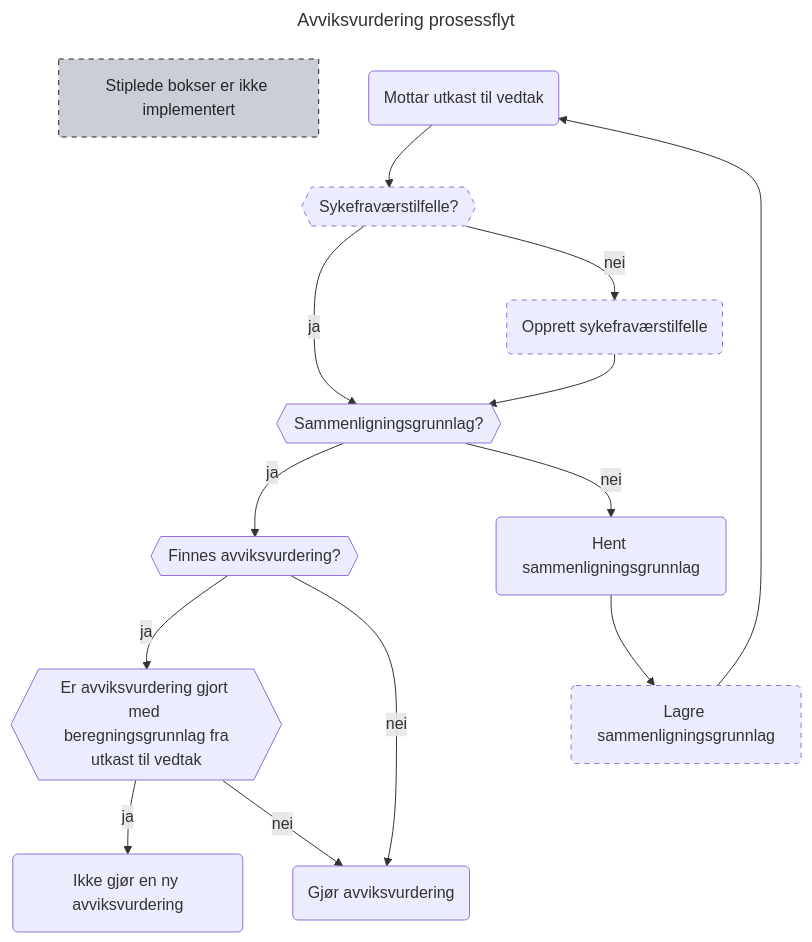
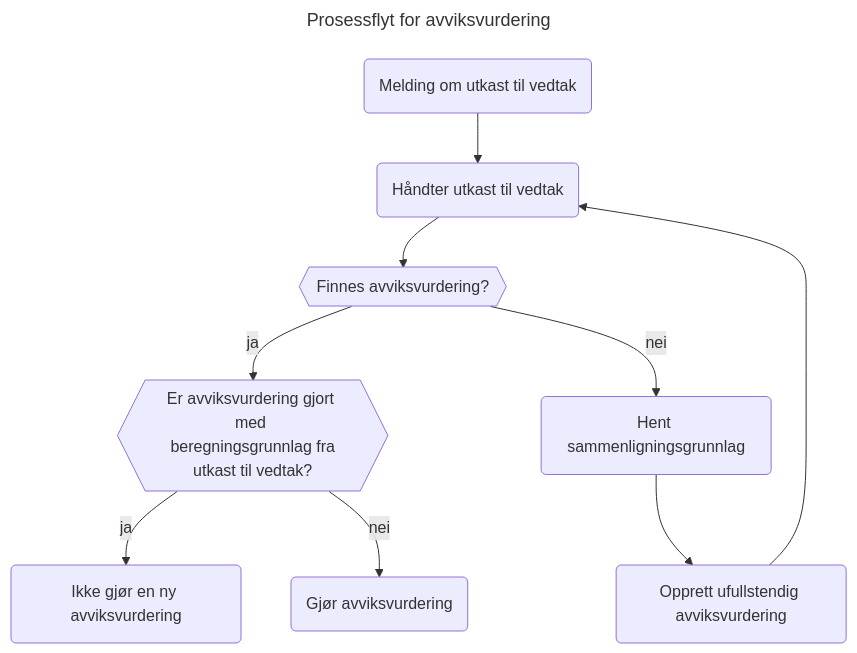
Before and after one commit to navikt/helse-spinnvill: the first of 2 diagrams in README.md, drawn with Mermaid. The commit also changed other lines of this file, not shown here.

Commit message:
📝 Oppdaterer prosessflyt basert på ny datamodell

````diff
--- a/README.md
+++ b/README.md
@@ -21,23 +21,20 @@
 ```mermaid
 ---
-title: Avviksvurdering prosessflyt
+title: Prosessflyt for avviksvurdering
 ---
 flowchart TD
-    lol[Stiplede bokser er ikke implementert]:::legend
+    start(Melding om utkast til vedtak)
+    utkast(Håndter utkast til vedtak)
+    avviksvurdering_finnes{{Finnes avviksvurdering?}}
+    ny_avviksvurdering(Opprett ufullstendig avviksvurdering)
+    avviksvurdering_gjort{{Er avviksvurdering gjort med <br> beregningsgrunnlag fra utkast til vedtak?}}
+    hent_sammenligningsgrunnlag(Hent sammenligningsgrunnlag)
+    gjør_avviksvurdering(Gjør avviksvurdering)
+    ikke_gjør_avviksvurdering(Ikke gjør en ny avviksvurdering)
     
-    utv(Mottar utkast til vedtak) --> sft{{Sykefraværstilfelle?}}:::ikkeImplementert
-    sft --ja--> slgl{{Sammenligningsgrunnlag?}}
-    sft --nei--> ny_sft(Opprett sykefraværstilfelle):::ikkeImplementert --> slgl
-    
-    slgl --ja--> avv{{Finnes avviksvurdering?}}
-    slgl --nei--> hent_slgl(Hent sammenligningsgrunnlag) --> lagre_slgl(Lagre sammenligningsgrunnlag):::ikkeImplementert --> utv
-    
-    avv --ja--> avv_brgl{{Er avviksvurdering gjort med <br> beregningsgrunnlag fra utkast til vedtak}}
-    avv --nei--> gjør_avv(Gjør avviksvurdering)
-    
-    avv_brgl --ja--> ikke_avv(Ikke gjør en ny avviksvurdering)
-    avv_brgl --nei--> gjør_avv
-    
-    classDef ikkeImplementert stroke-dasharray: 5 5 
-    classDef legend stroke-dasharray: 5 5, fill:#CBCFD5, color:#23262A, stroke:#23262A
+    start --> utkast --> avviksvurdering_finnes
+    avviksvurdering_finnes -- ja --> avviksvurdering_gjort
+    avviksvurdering_finnes -- nei --> hent_sammenligningsgrunnlag --> ny_avviksvurdering --> utkast
+    avviksvurdering_gjort -- ja --> ikke_gjør_avviksvurdering
+    avviksvurdering_gjort -- nei --> gjør_avviksvurdering
 ```
````
